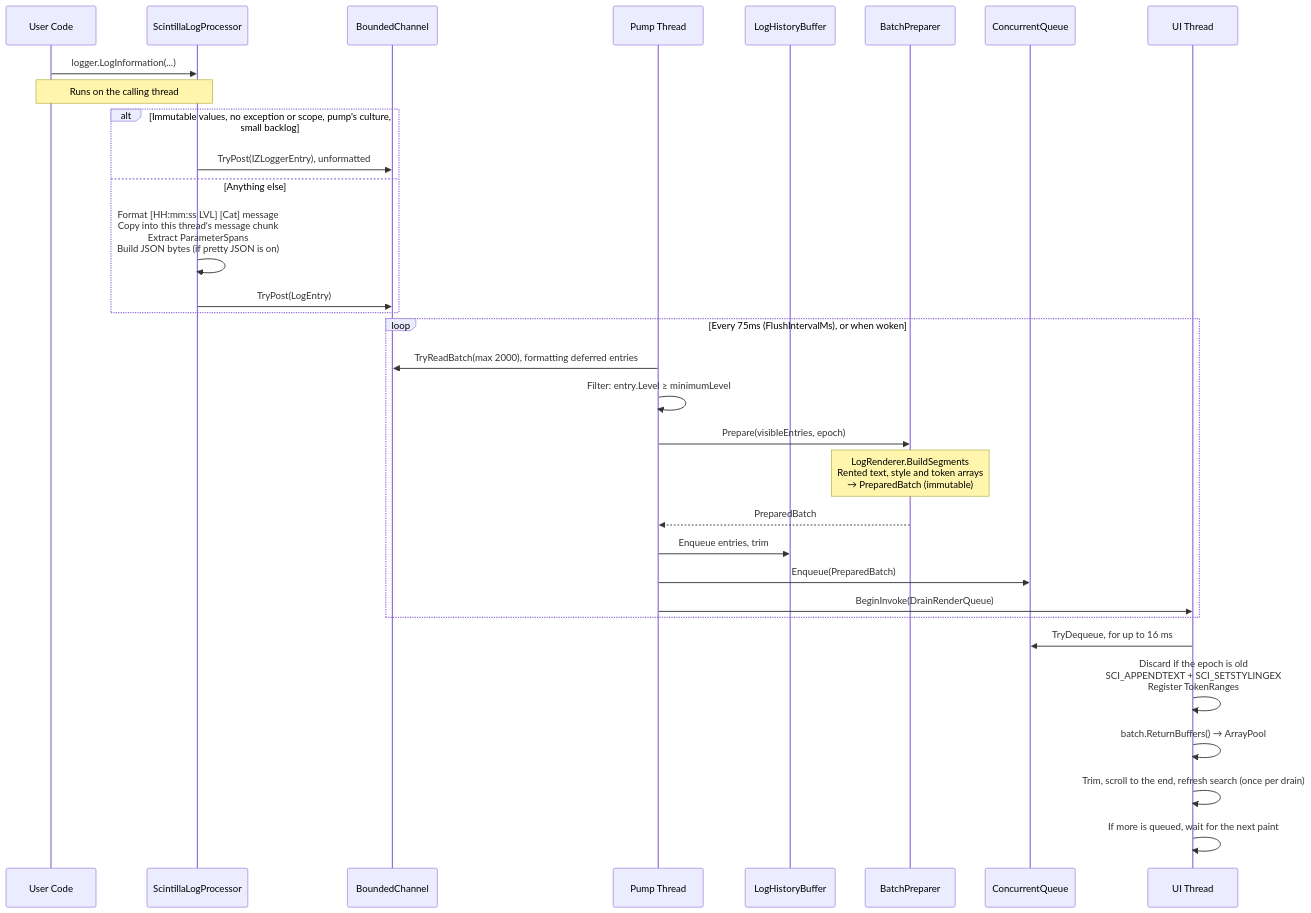
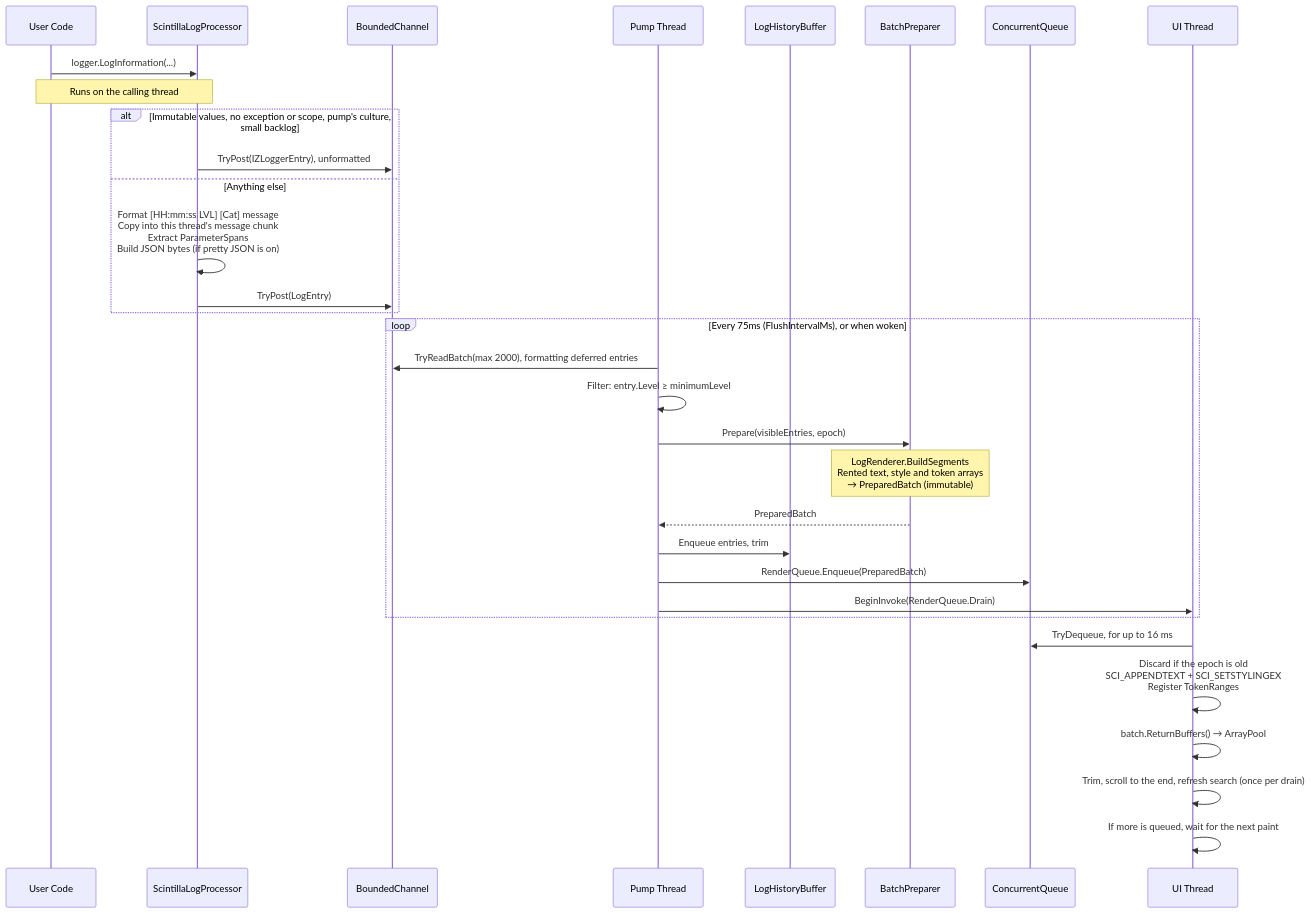
The second of 8 diagrams in docs/architecture.md (trgiangv/ZLogger.Scintilla), drawn with Mermaid before and after one commit. The commit also changed other lines of this file and 9 other files, not shown here.

First line of the commit message:
refactor(pipeline): split the viewer into BatchPump and RenderQueue

````diff
--- a/docs/architecture.md
+++ b/docs/architecture.md
@@ -89,37 +95,37 @@
 ```mermaid
 sequenceDiagram
     participant App as User Code
     participant Proc as ScintillaLogProcessor
     participant Chan as BoundedChannel
     participant Pump as Pump Thread
     participant Hist as LogHistoryBuffer
     participant Prep as BatchPreparer
     participant Queue as ConcurrentQueue
     participant UI as UI Thread
 
     App->>Proc: logger.LogInformation(...)
     Note over App,Proc: Runs on the calling thread
     alt Immutable values, no exception or scope, pump's culture, small backlog
         Proc->>Chan: TryPost(IZLoggerEntry), unformatted
     else Anything else
         Proc->>Proc: Format [HH:mm:ss LVL] [Cat] message<br/>Copy into this thread's message chunk<br/>Extract ParameterSpans<br/>Build JSON bytes (if pretty JSON is on)
         Proc->>Chan: TryPost(LogEntry)
     end
 
     loop Every 75ms (FlushIntervalMs), or when woken
         Pump->>Chan: TryReadBatch(max 2000), formatting deferred entries
         Pump->>Pump: Filter: entry.Level ≥ minimumLevel
         Pump->>Prep: Prepare(visibleEntries, epoch)
         Note over Prep: LogRenderer.BuildSegments<br/>Rented text, style and token arrays<br/>→ PreparedBatch (immutable)
         Prep-->>Pump: PreparedBatch
         Pump->>Hist: Enqueue entries, trim
-        Pump->>Queue: Enqueue(PreparedBatch)
-        Pump->>UI: BeginInvoke(DrainRenderQueue)
+        Pump->>Queue: RenderQueue.Enqueue(PreparedBatch)
+        Pump->>UI: BeginInvoke(RenderQueue.Drain)
     end
 
     UI->>Queue: TryDequeue, for up to 16 ms
     UI->>UI: Discard if the epoch is old<br/>SCI_APPENDTEXT + SCI_SETSTYLINGEX<br/>Register TokenRanges
     UI->>UI: batch.ReturnBuffers() → ArrayPool
     UI->>UI: Trim, scroll to the end, refresh search (once per drain)
     UI->>UI: If more is queued, wait for the next paint
 ```
````
